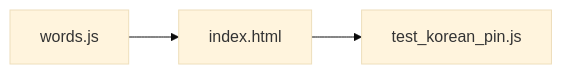
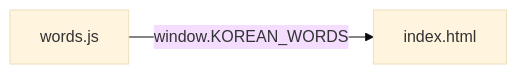
The diagram in docs/2_SYSTEM_ARCHITECTURE.md (cptntrps/korean-word-of-the-day), drawn with Mermaid (base theme) before and after one commit. The commit also changed other lines of this file and 5 other files, not shown here.

````diff
--- a/docs/2_SYSTEM_ARCHITECTURE.md
+++ b/docs/2_SYSTEM_ARCHITECTURE.md
@@ -50,5 +43,4 @@
 ```mermaid
 graph LR
-    words_js[words.js] --> index_html[index.html]
-    index_html --> tests[test_korean_pin.js]
+    words_js[words.js] -->|window.KOREAN_WORDS| index_html[index.html]
 ```
````
